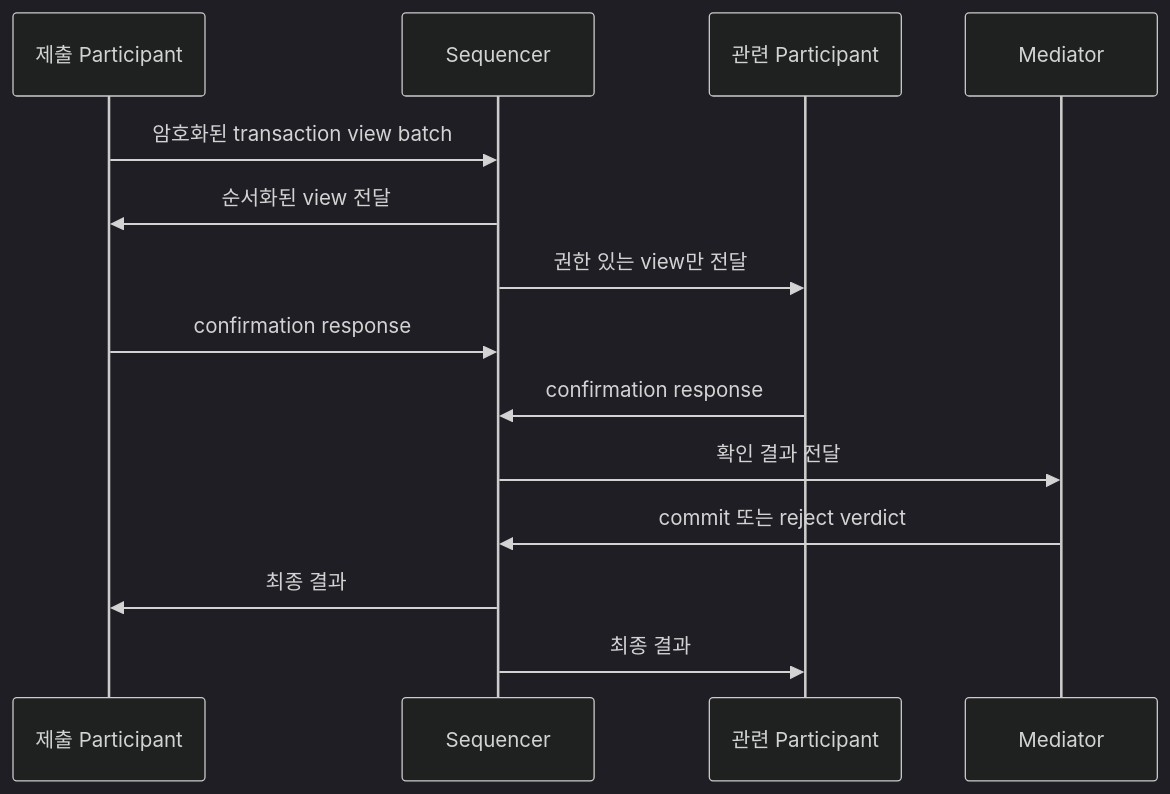
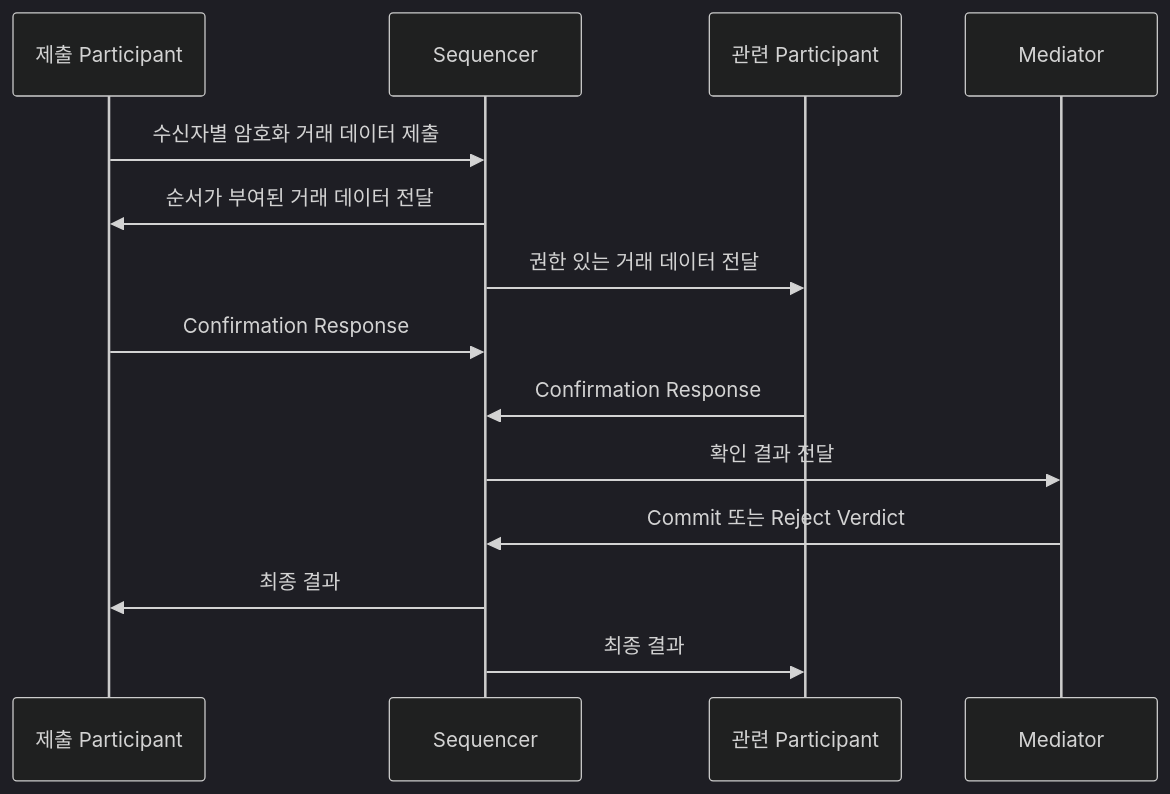
One commit to eunsujeo/eunpus changed the third of 4 diagrams in blockchain-manager/docs/온보딩/Canton Network/02-party-participant-synchronizer.md. Above: the diagram before and after it, drawn with Mermaid (dark theme). The commit also changed other lines of this file and 24 other files, not shown here.

````diff
--- a/blockchain-manager/docs/온보딩/Canton Network/02-party-participant-synchronizer.md
+++ b/blockchain-manager/docs/온보딩/Canton Network/02-party-participant-synchronizer.md
@@ -79,17 +119,17 @@
 ```mermaid
 sequenceDiagram
     participant P1 as 제출 Participant
     participant S as Sequencer
     participant P2 as 관련 Participant
     participant M as Mediator
 
-    P1->>S: 암호화된 transaction view batch
-    S->>P1: 순서화된 view 전달
-    S->>P2: 권한 있는 view만 전달
-    P1->>S: confirmation response
-    P2->>S: confirmation response
+    P1->>S: 수신자별 암호화 거래 데이터 제출
+    S->>P1: 순서가 부여된 거래 데이터 전달
+    S->>P2: 권한 있는 거래 데이터 전달
+    P1->>S: Confirmation Response
+    P2->>S: Confirmation Response
     S->>M: 확인 결과 전달
-    M->>S: commit 또는 reject verdict
+    M->>S: Commit 또는 Reject Verdict
     S->>P1: 최종 결과
     S->>P2: 최종 결과
 ```
````
